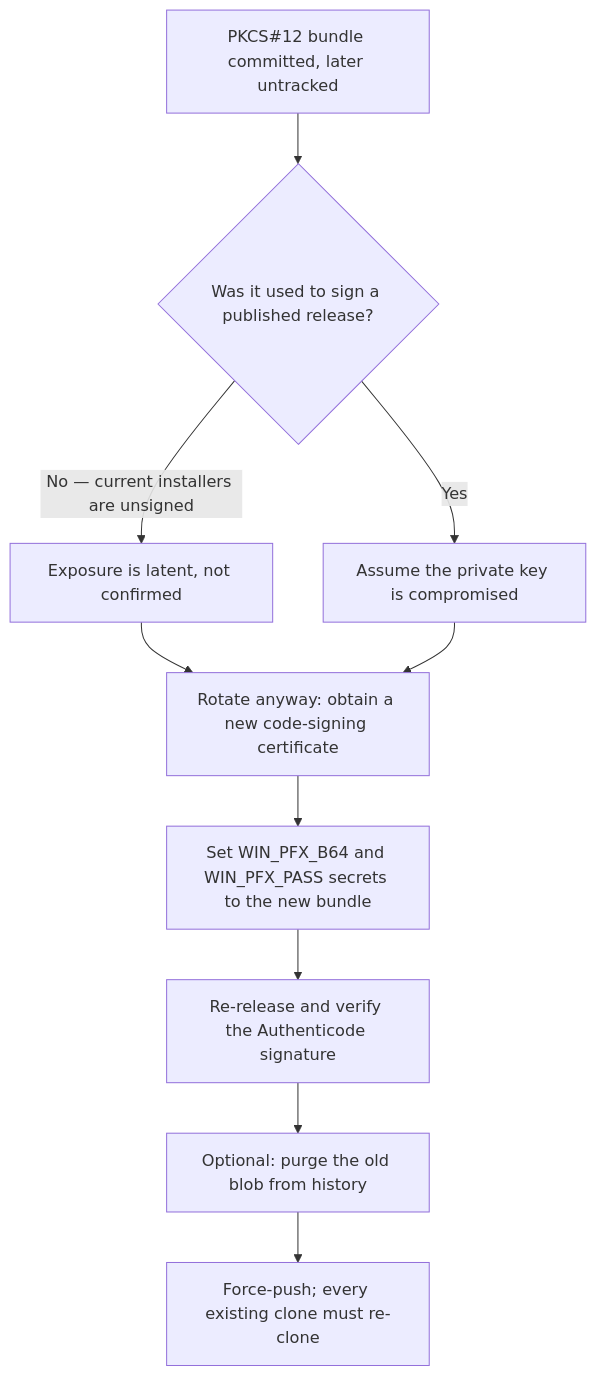
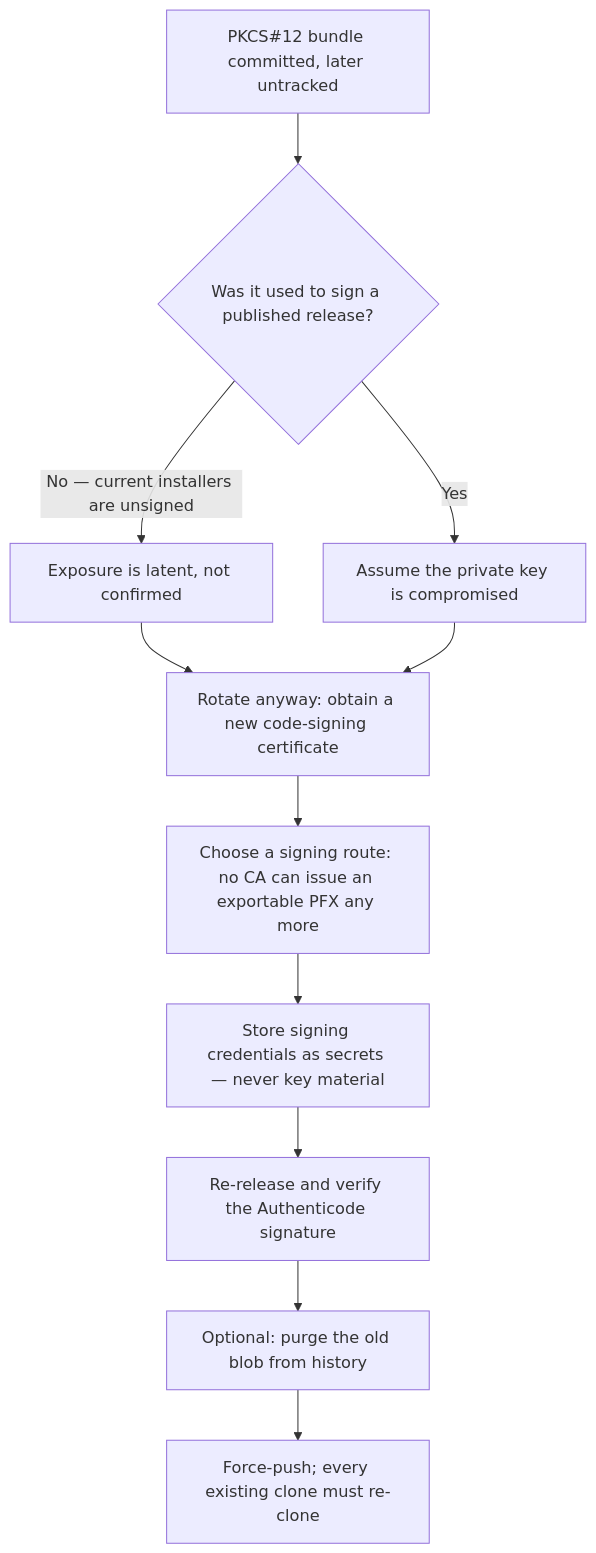
The diagram in docs/SECURITY.md (dishanagalawatta/SkillManager), drawn with Mermaid before and after one commit. The commit also changed other lines of this file and 1 other file, not shown here.

First line of the commit message:
docs(security): correct rotation steps for the hardware key mandate

````diff
--- a/docs/SECURITY.md
+++ b/docs/SECURITY.md
@@ -53,12 +53,13 @@
 ```mermaid
 flowchart TD
     A["PKCS#12 bundle committed, later untracked"] --> B{"Was it used to sign a published release?"}
     B -->|"No — current installers are unsigned"| C["Exposure is latent, not confirmed"]
     B -->|"Yes"| D["Assume the private key is compromised"]
     C --> E["Rotate anyway: obtain a new code-signing certificate"]
     D --> E
-    E --> F["Set WIN_PFX_B64 and WIN_PFX_PASS secrets to the new bundle"]
-    F --> G["Re-release and verify the Authenticode signature"]
-    G --> H["Optional: purge the old blob from history"]
-    H --> I["Force-push; every existing clone must re-clone"]
+    E --> F["Choose a signing route: no CA can issue an exportable PFX any more"]
+    F --> G["Store signing credentials as secrets — never key material"]
+    G --> H["Re-release and verify the Authenticode signature"]
+    H --> I["Optional: purge the old blob from history"]
+    I --> J["Force-push; every existing clone must re-clone"]
 ```
````
